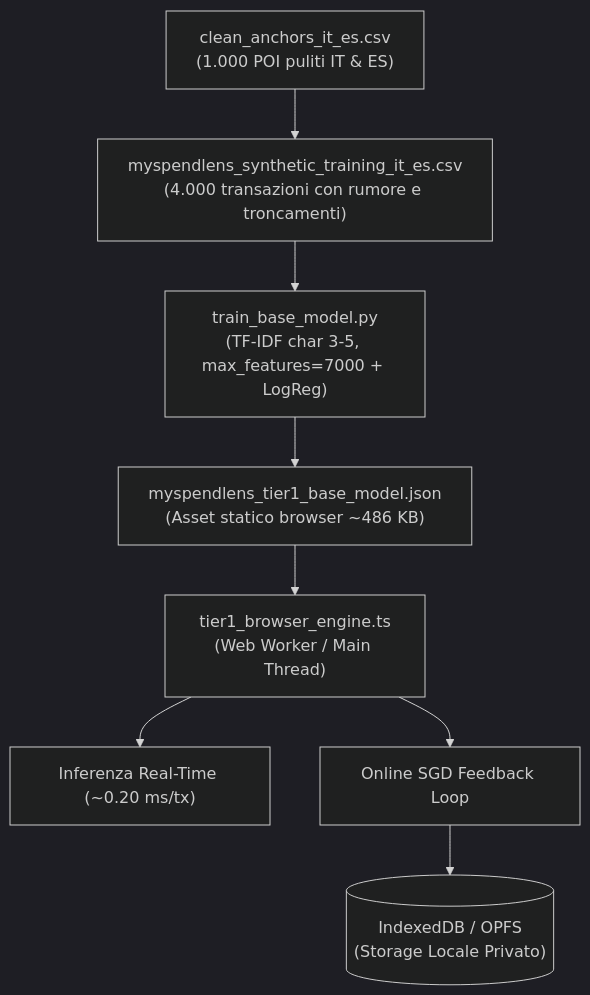
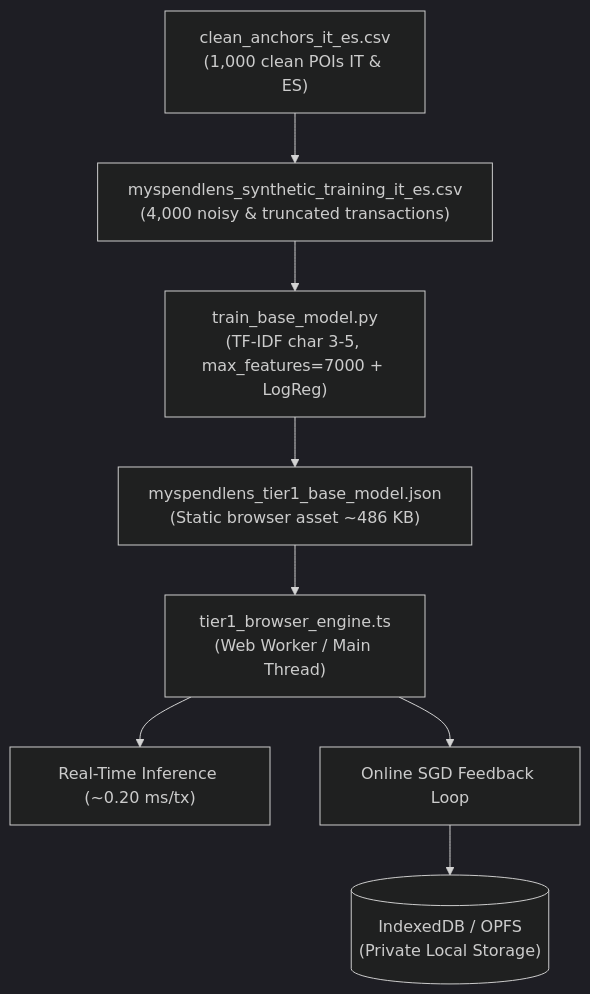
The diagram in agents.md (mceleri/MySpendLens), drawn with Mermaid (dark theme) before and after one commit. The commit also changed other lines of this file and 5 other files, not shown here.

````diff
--- a/agents.md
+++ b/agents.md
@@ -15,10 +15,10 @@
 ```mermaid
 flowchart TD
-    A["clean_anchors_it_es.csv<br/>(1.000 POI puliti IT & ES)"] --> B["myspendlens_synthetic_training_it_es.csv<br/>(4.000 transazioni con rumore e troncamenti)"]
+    A["clean_anchors_it_es.csv<br/>(1,000 clean POIs IT & ES)"] --> B["myspendlens_synthetic_training_it_es.csv<br/>(4,000 noisy & truncated transactions)"]
     B --> C["train_base_model.py<br/>(TF-IDF char 3-5, max_features=7000 + LogReg)"]
-    C --> D["myspendlens_tier1_base_model.json<br/>(Asset statico browser ~486 KB)"]
+    C --> D["myspendlens_tier1_base_model.json<br/>(Static browser asset ~486 KB)"]
     D --> E["tier1_browser_engine.ts<br/>(Web Worker / Main Thread)"]
-    E --> F["Inferenza Real-Time (~0.20 ms/tx)"]
+    E --> F["Real-Time Inference (~0.20 ms/tx)"]
     E --> G["Online SGD Feedback Loop"]
-    G --> H[("IndexedDB / OPFS<br/>(Storage Locale Privato)")]
+    G --> H[("IndexedDB / OPFS<br/>(Private Local Storage)")]
 ```
````
